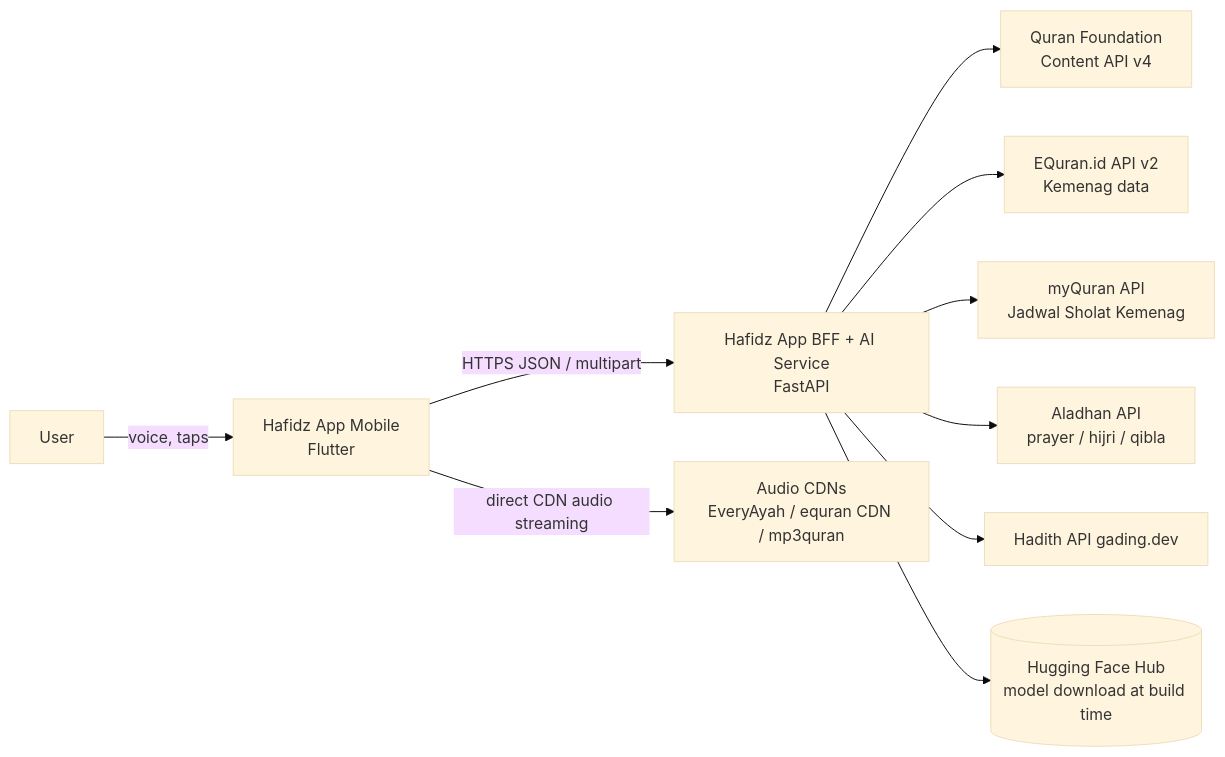
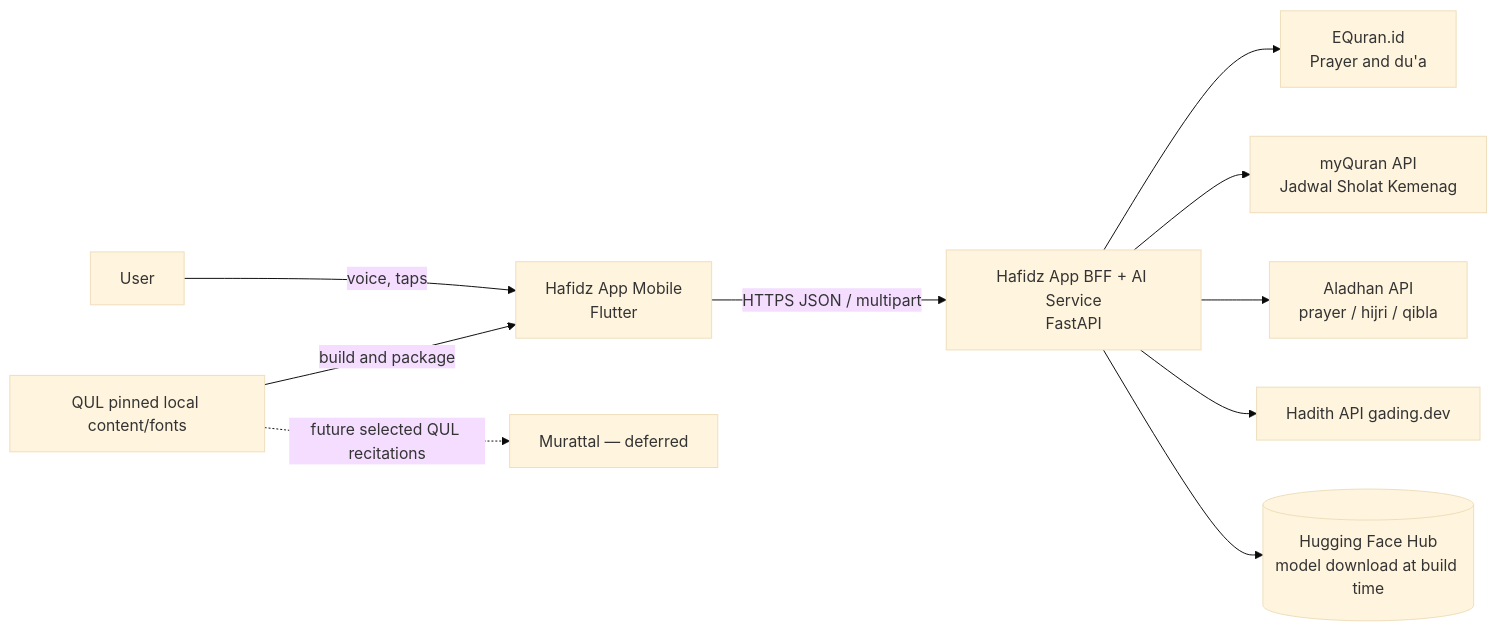
One commit to rizkyagung18/hafidz-app changed the first of 4 diagrams in docs/02-ARCHITECTURE.md. Above: the diagram before and after it, drawn with Mermaid (base theme). The commit also changed other lines of this file and 40 other files, not shown here.

````diff
--- a/docs/02-ARCHITECTURE.md
+++ b/docs/02-ARCHITECTURE.md
@@ -14,12 +14,12 @@
 ```mermaid
 flowchart LR
   U[User] -->|voice, taps| M[Hafidz App Mobile<br/>Flutter]
   M -->|HTTPS JSON / multipart| B[Hafidz App BFF + AI Service<br/>FastAPI]
-  B --> QF[Quran Foundation<br/>Content API v4]
-  B --> EQ[EQuran.id API v2<br/>Kemenag data]
+  QUL[QUL pinned local content/fonts] -->|build and package| M
+  B --> EQ[EQuran.id<br/>Prayer and du'a]
   B --> MQ[myQuran API<br/>Jadwal Sholat Kemenag]
   B --> AL[Aladhan API<br/>prayer / hijri / qibla]
   B --> HD[Hadith API gading.dev]
-  M -->|direct CDN audio streaming| AU[Audio CDNs<br/>EveryAyah / equran CDN / mp3quran]
+  QUL -.->|future selected QUL recitations| AU[Murattal — deferred]
   B --> HF[(Hugging Face Hub<br/>model download at build time)]
 ```
````
